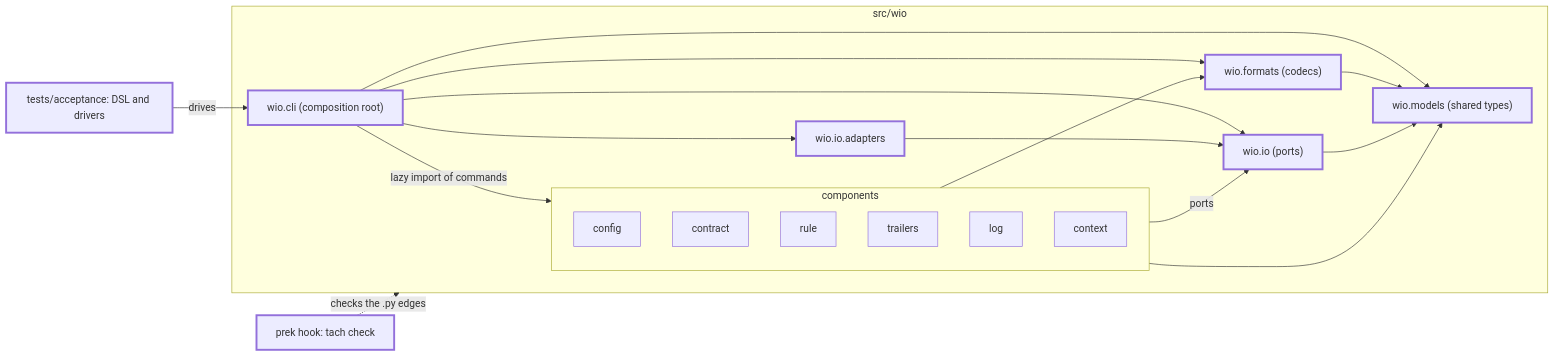
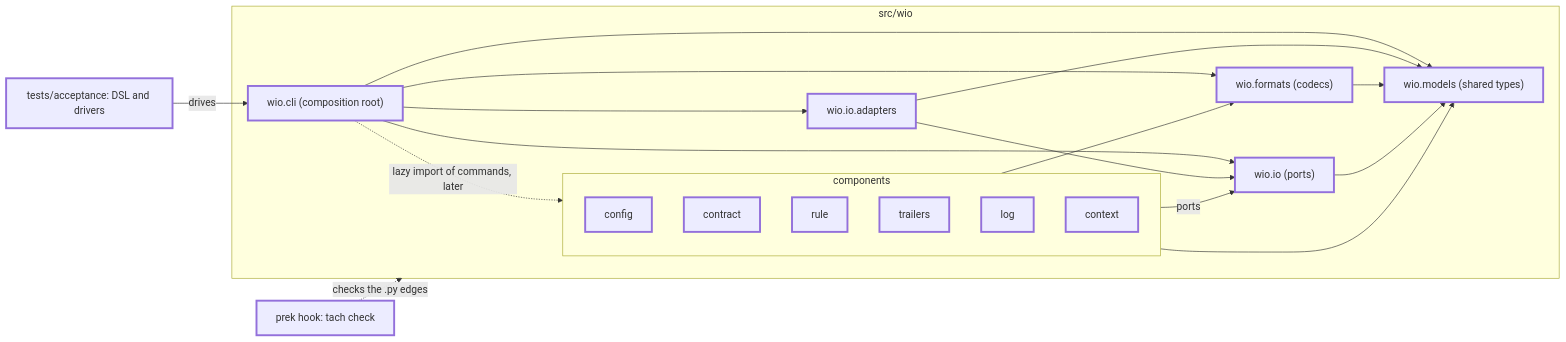
The second of 2 diagrams in .agents/wio/works/v0-1-foundation/README.md (msitarz/wio), drawn with Mermaid before and after one commit. The commit also changed other lines of this file and 3 other files, not shown here.

````diff
--- a/.agents/wio/works/v0-1-foundation/README.md
+++ b/.agents/wio/works/v0-1-foundation/README.md
@@ -134,32 +138,33 @@
 ```mermaid
 flowchart LR
     subgraph src_wio["src/wio"]
         cli["wio.cli (composition root)"]:::new
         subgraph components
-            config
-            contract
-            rule
-            trailers
-            log
-            context
+            config:::new
+            contract:::new
+            rule:::new
+            trailers:::new
+            log:::new
+            context:::new
         end
         adapters["wio.io.adapters"]:::new
         io["wio.io (ports)"]:::new
         formats["wio.formats (codecs)"]:::new
         models["wio.models (shared types)"]:::new
-        cli -- "lazy import of commands" --> components
+        cli -. "lazy import of commands, later" .-> components
         cli --> adapters
         cli --> io
         cli --> formats
         cli --> models
         adapters --> io
+        adapters --> models
         components -- "ports" --> io
         components --> formats
         components --> models
         formats --> models
         io --> models
     end
     hook["prek hook: tach check"]:::new -. "checks the .py edges" .-> src_wio
     acc["tests/acceptance: DSL and drivers"]:::new -- "drives" --> cli
     classDef new stroke-width: 3px
 ```
````
